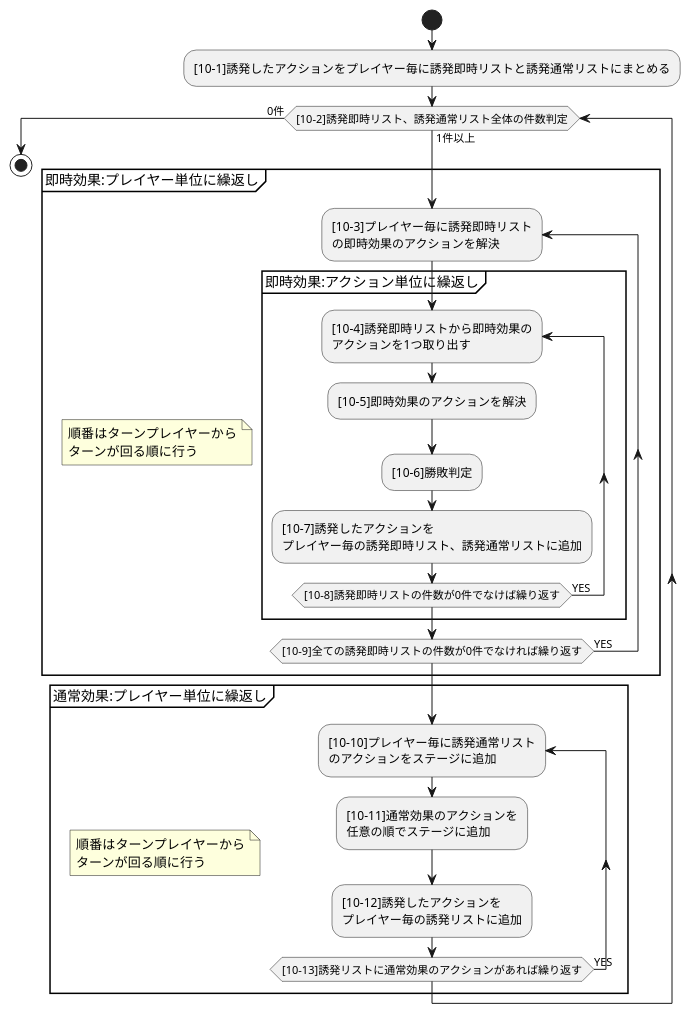
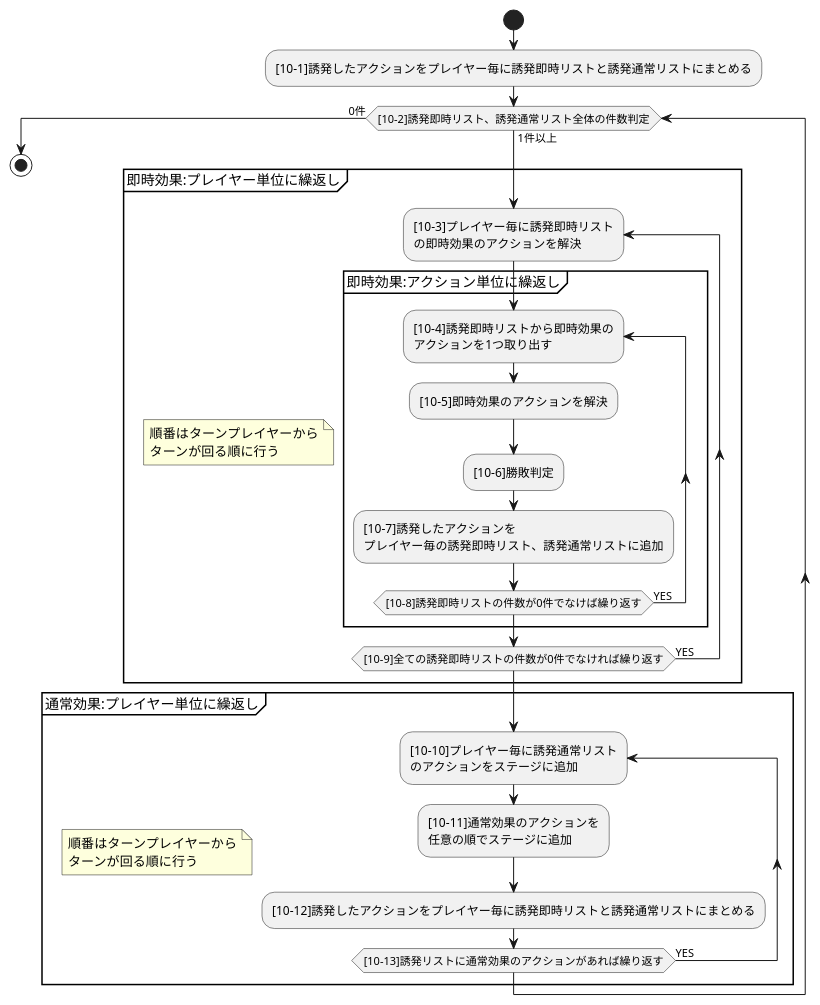
Before and after one commit to BlackPoker/BlackPoker: the diagram in source/core/triggerflow.puml, drawn with PlantUML. The commit also changed 2 other files, not shown here.

```diff
--- a/source/core/triggerflow.puml
+++ b/source/core/triggerflow.puml
@@ -1,34 +1,34 @@
 @startuml
 start
 :[10-1]誘発したアクションをプレイヤー毎に誘発即時リストと誘発通常リストにまとめる;
 while([10-2]誘発即時リスト、誘発通常リスト全体の件数判定) is (1件以上)
     group 即時効果:プレイヤー単位に繰返し
     note
         順番はターンプレイヤーから
         ターンが回る順に行う
     end note
     repeat :[10-3]プレイヤー毎に誘発即時リスト\nの即時効果のアクションを解決;
         group 即時効果:アクション単位に繰返し
         repeat :[10-4]誘発即時リストから即時効果の\nアクションを1つ取り出す;
             :[10-5]即時効果のアクションを解決;
             :[10-6]勝敗判定;
             :[10-7]誘発したアクションを\nプレイヤー毎の誘発即時リスト、誘発通常リストに追加;
         repeat while ([10-8]誘発即時リストの件数が0件でなけば繰り返す) is (YES)
         end group
     repeat while([10-9]全ての誘発即時リストの件数が0件でなければ繰り返す) is (YES)
     end group
 
     group 通常効果:プレイヤー単位に繰返し
     note
         順番はターンプレイヤーから
         ターンが回る順に行う
     end note
     repeat :[10-10]プレイヤー毎に誘発通常リスト\nのアクションをステージに追加;
         :[10-11]通常効果のアクションを\n任意の順でステージに追加;
-        :[10-12]誘発したアクションを\nプレイヤー毎の誘発リストに追加;
+        :[10-12]誘発したアクションをプレイヤー毎に誘発即時リストと誘発通常リストにまとめる;
     repeat while ([10-13]誘発リストに通常効果のアクションがあれば繰り返す) is (YES)
     end group
 
 endwhile (0件)
     stop
 @enduml
```
